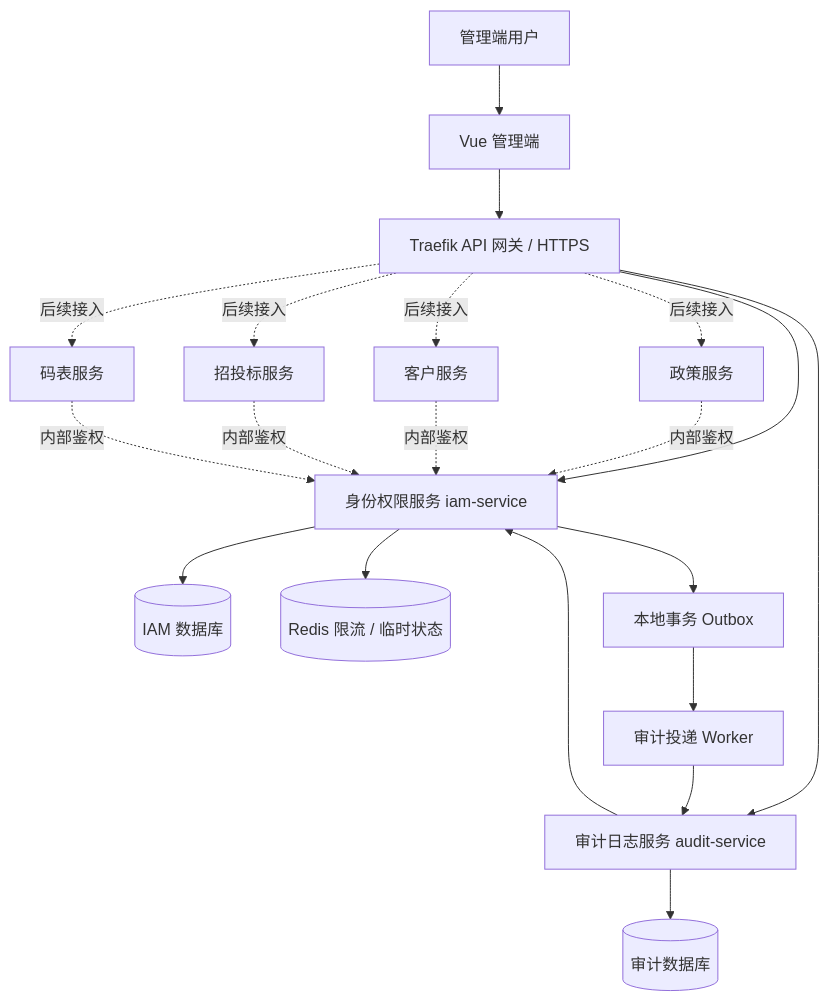
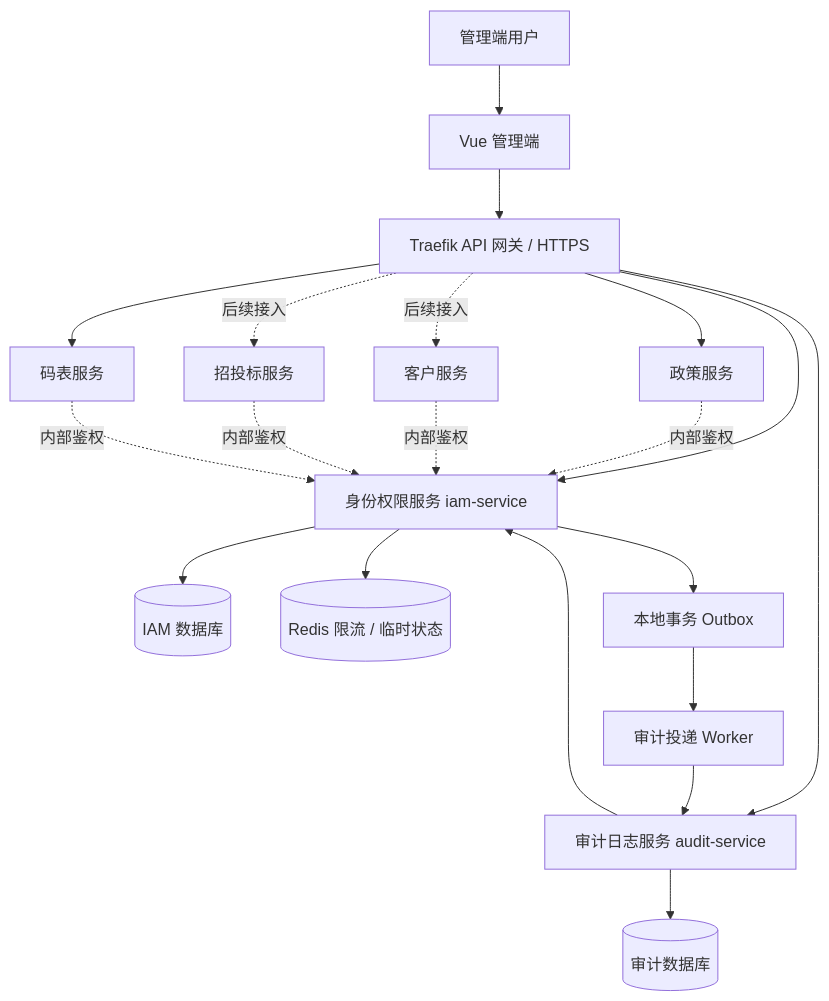
Before and after one commit to liuxingping138/tx-zhongtai: the diagram in docs/design/业务数据运营平台公共基础框架设计.md, drawn with Mermaid. The commit also changed other lines of this file and 28 other files, not shown here.

````diff
--- a/docs/design/业务数据运营平台公共基础框架设计.md
+++ b/docs/design/业务数据运营平台公共基础框架设计.md
@@ -37,22 +37,22 @@
 ```mermaid
 flowchart TB
     U[管理端用户] --> WEB[Vue 管理端]
     WEB --> GW[Traefik API 网关 / HTTPS]
     GW --> IAM[身份权限服务 iam-service]
     GW --> AUDIT[审计日志服务 audit-service]
-    GW -. 后续接入 .-> POLICY[政策服务]
+    GW --> POLICY[政策服务]
     GW -. 后续接入 .-> CUSTOMER[客户服务]
     GW -. 后续接入 .-> TENDER[招投标服务]
-    GW -. 后续接入 .-> CODEBOOK[码表服务]
+    GW --> CODEBOOK[码表服务]
     IAM --> IDB[(IAM 数据库)]
     AUDIT --> ADB[(审计数据库)]
     IAM --> REDIS[(Redis 限流 / 临时状态)]
     IAM --> OUTBOX[本地事务 Outbox]
     OUTBOX --> WORKER[审计投递 Worker]
     WORKER --> AUDIT
     POLICY -. 内部鉴权 .-> IAM
     CUSTOMER -. 内部鉴权 .-> IAM
     TENDER -. 内部鉴权 .-> IAM
     CODEBOOK -. 内部鉴权 .-> IAM
     AUDIT --> IAM
 ```
````
